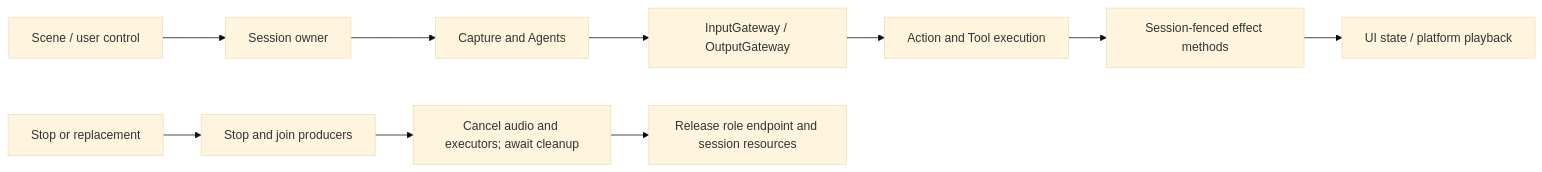
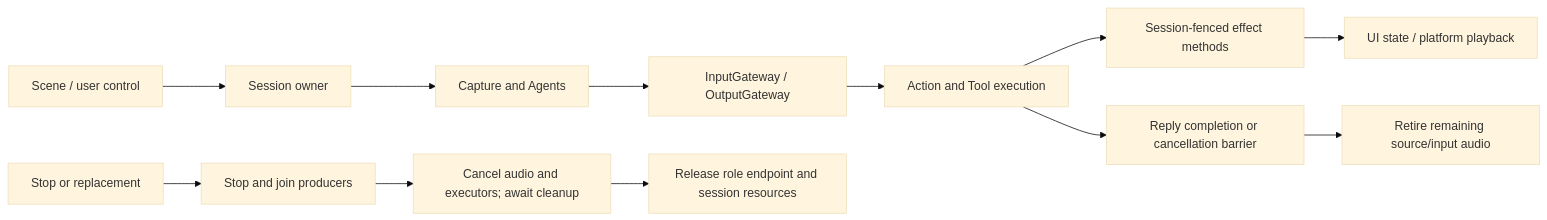
Before and after one commit to devilyouwei/MobileHarness: the diagram in MobileHarness/App/Lifecycle/README.md, drawn with Mermaid (base theme). The commit also changed other lines of this file and 118 other files, not shown here.

````diff
--- a/MobileHarness/App/Lifecycle/README.md
+++ b/MobileHarness/App/Lifecycle/README.md
@@ -13,12 +13,14 @@
 ```mermaid
 flowchart LR
     Intent[Scene / user control] --> Scope[Session owner]
     Scope --> Producers[Capture and Agents]
     Producers --> Gateways[InputGateway / OutputGateway]
     Gateways --> Execution[Action and Tool execution]
     Execution --> Endpoint[Session-fenced effect methods]
+    Execution --> Done[Reply completion or cancellation barrier]
+    Done --> Retire[Retire remaining source/input audio]
     Endpoint --> State[UI state / platform playback]
     Stop[Stop or replacement] --> Close[Stop and join producers]
     Close --> Cancel[Cancel audio and executors; await cleanup]
     Cancel --> Release[Release role endpoint and session resources]
 ```
````
